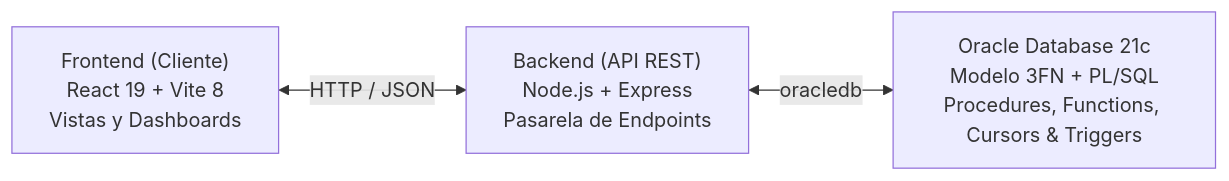
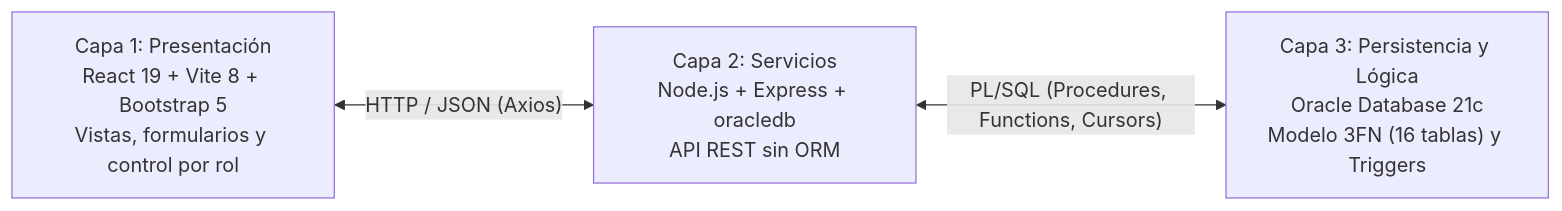
Before and after one commit to DiegoAbdiasSaldanaFuentes/veterinaria_ucm: the diagram in README.md, drawn with Mermaid. The commit also changed other lines of this file, not shown here.

````diff
--- a/README.md
+++ b/README.md
@@ -22,5 +24,6 @@
 ```mermaid
 flowchart LR
-    A["Frontend (Cliente)<br/>React 19 + Vite 8<br/>Vistas y Dashboards"] <-->|"HTTP / JSON"| B["Backend (API REST)<br/>Node.js + Express<br/>Pasarela de Endpoints"]
-    B <-->|"oracledb"| C["Oracle Database 21c<br/>Modelo 3FN + PL/SQL<br/>Procedures, Functions, Cursors & Triggers"]
+    A["Capa 1: Presentación<br/>React 19 + Vite 8 + Bootstrap 5<br/>Vistas, formularios y control por rol"] <-->|"HTTP / JSON (Axios)"| B["Capa 2: Servicios<br/>Node.js + Express + oracledb<br/>API REST sin ORM"]
+    B <-->|"PL/SQL (Procedures, Functions, Cursors)"| C["Capa 3: Persistencia y Lógica<br/>Oracle Database 21c<br/>Modelo 3FN (16 tablas) y Triggers"]
+
 ```
````
